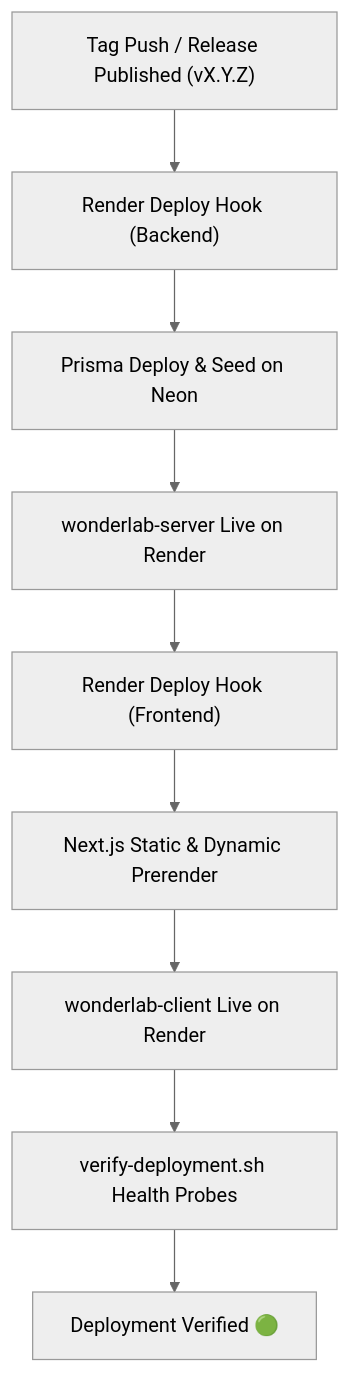
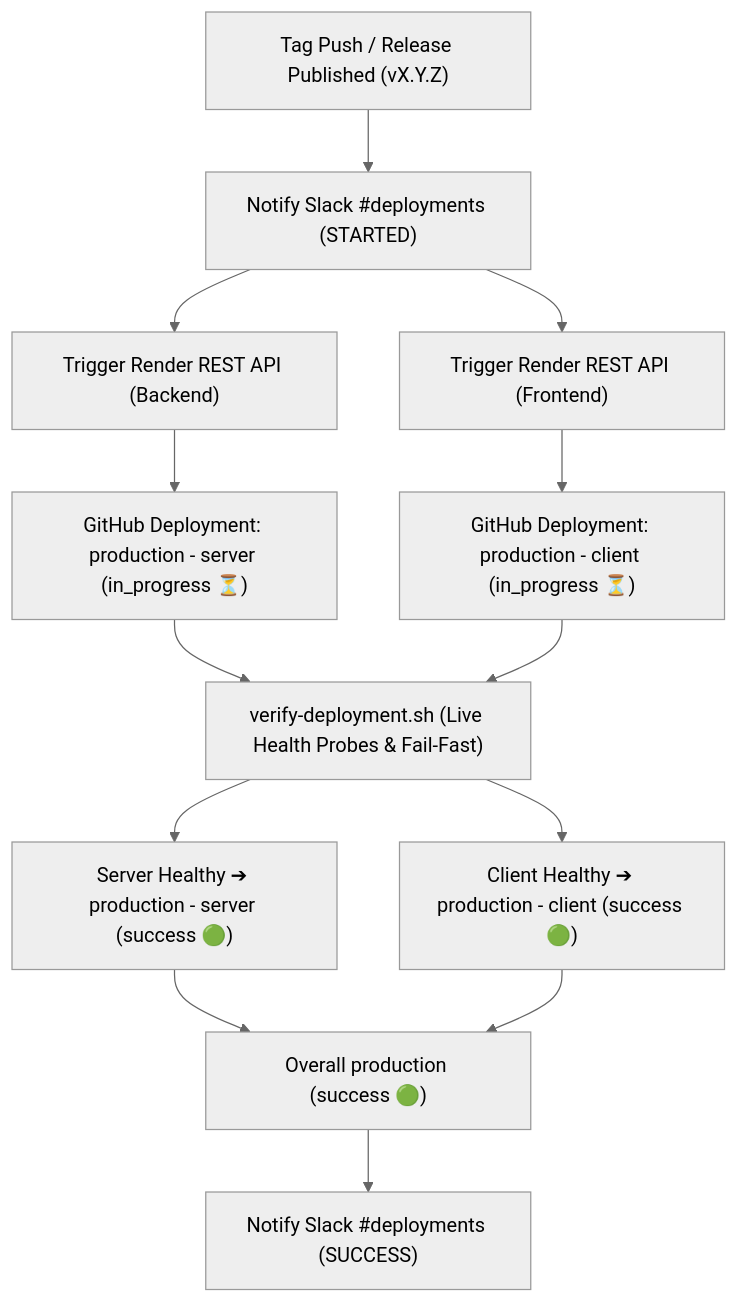
One commit to thanhba0505/wonderlab changed the diagram in docs/deployment.md. Above: the diagram before and after it, drawn with Mermaid (neutral theme). The commit also changed other lines of this file and 1 other file, not shown here.

Commit message:
docs(ci-cd): document Render REST API deployment, in-progress tracking, and fail-fast rollout

````diff
--- a/docs/deployment.md
+++ b/docs/deployment.md
@@ -81,11 +81,13 @@
 ```mermaid
 flowchart TD
-  Release["Tag Push / Release Published (vX.Y.Z)"] --> DeployHookServer["Render Deploy Hook (Backend)"]
-  DeployHookServer --> PrismaMigrate["Prisma Deploy & Seed on Neon"]
-  PrismaMigrate --> StartServer["wonderlab-server Live on Render"]
-  StartServer --> DeployHookClient["Render Deploy Hook (Frontend)"]
-  DeployHookClient --> NextBuild["Next.js Static & Dynamic Prerender"]
-  NextBuild --> StartClient["wonderlab-client Live on Render"]
-  StartClient --> HealthCheck["verify-deployment.sh Health Probes"]
-  HealthCheck --> Done["Deployment Verified 🟢"]
+  Release["Tag Push / Release Published (vX.Y.Z)"] --> NotifyStarted["Notify Slack #deployments (STARTED)"]
+  NotifyStarted --> RenderAPIServer["Trigger Render REST API (Backend)"]
+  NotifyStarted --> RenderAPIClient["Trigger Render REST API (Frontend)"]
+  RenderAPIServer --> GHInProgressServer["GitHub Deployment: production - server (in_progress ⏳)"]
+  RenderAPIClient --> GHInProgressClient["GitHub Deployment: production - client (in_progress ⏳)"]
+  GHInProgressServer & GHInProgressClient --> VerifyScript["verify-deployment.sh (Live Health Probes & Fail-Fast)"]
+  VerifyScript --> ServerLive["Server Healthy ➔ production - server (success 🟢)"]
+  VerifyScript --> ClientLive["Client Healthy ➔ production - client (success 🟢)"]
+  ServerLive & ClientLive --> OverallSuccess["Overall production (success 🟢)"]
+  OverallSuccess --> NotifySuccess["Notify Slack #deployments (SUCCESS)"]
 ```
````
